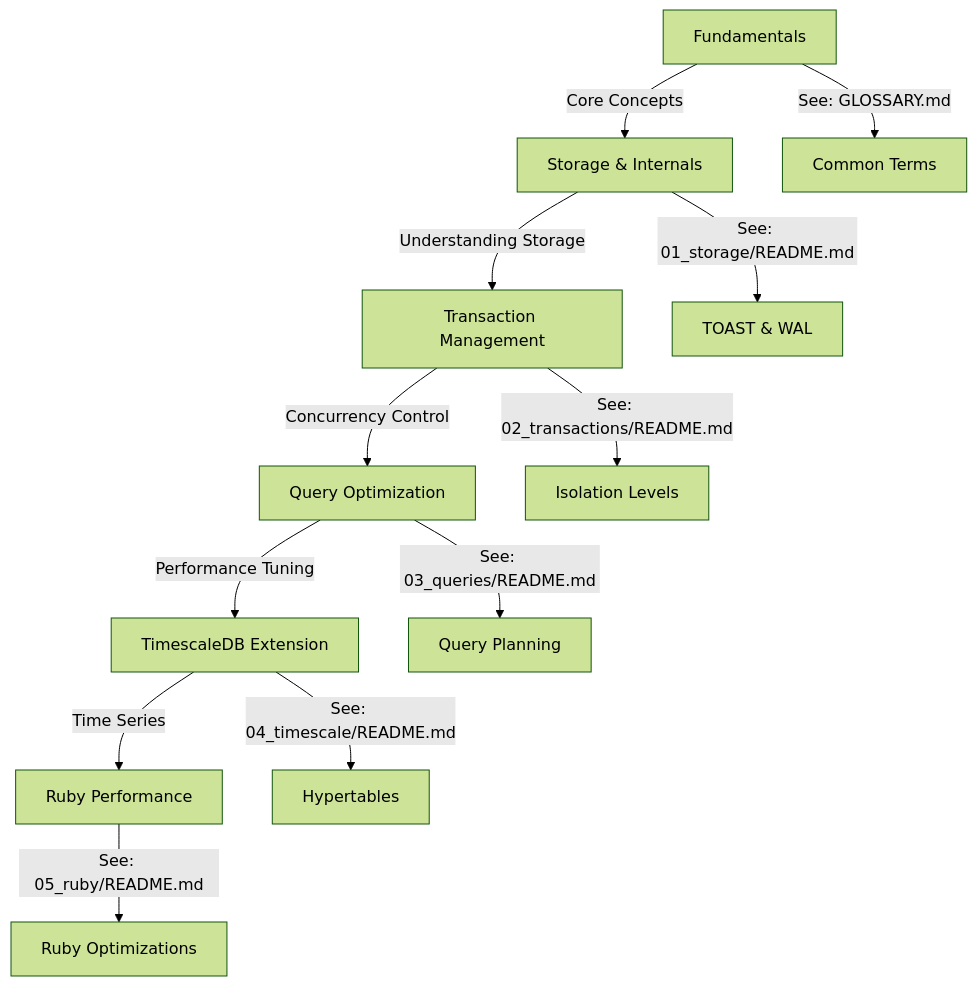
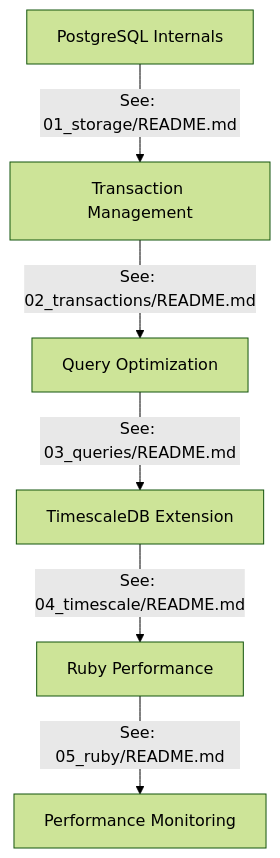
One commit to jonatas/postgresql-performance-for-rubyists changed the diagram in README.md. Above: the diagram before and after it, drawn with Mermaid (forest theme). The commit also changed other lines of this file and 1 other file, not shown here.

````diff
--- a/README.md
+++ b/README.md
@@ -9,15 +9,8 @@
 ```mermaid
 graph TD
-    A[Fundamentals] -->|Core Concepts| B[Storage & Internals]
-    B -->|Understanding Storage| C[Transaction Management]
-    C -->|Concurrency Control| D[Query Optimization]
-    D -->|Performance Tuning| E[TimescaleDB Extension]
-    E -->|Time Series| F[Ruby Performance]
-    
-    A -->|"See: GLOSSARY.md"| G[Common Terms]
-    B -->|"See: 01_storage/README.md"| H[TOAST & WAL]
-    C -->|"See: 02_transactions/README.md"| I[Isolation Levels]
-    D -->|"See: 03_queries/README.md"| J[Query Planning]
-    E -->|"See: 04_timescale/README.md"| K[Hypertables]
-    F -->|"See: 05_ruby/README.md"| L[Ruby Optimizations]
+    A[PostgreSQL Internals] -->|"See: 01_storage/README.md"| B[Transaction Management]
+    B -->|"See: 02_transactions/README.md"| C[Query Optimization]
+    C -->|"See: 03_queries/README.md"| D[TimescaleDB Extension]
+    D -->|"See: 04_timescale/README.md"| E[Ruby Performance]
+    E -->|"See: 05_ruby/README.md"| F[Performance Monitoring]
 ```
````
